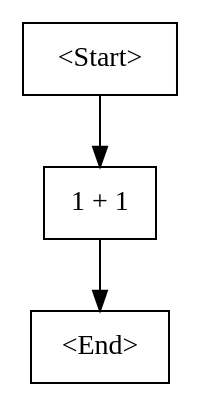
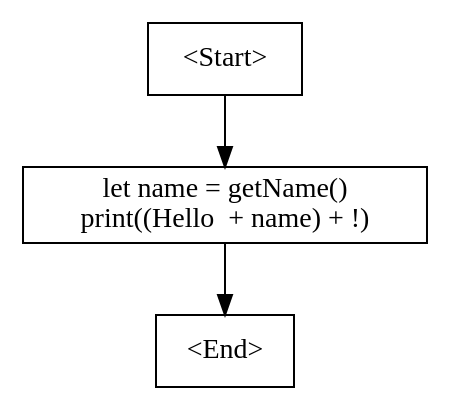
One commit to jayshiai/Cyclone changed the diagram in cfg.dot. Above: the diagram before and after it, drawn with Graphviz. The commit also changed 7 other files, not shown here.

```diff
--- a/cfg.dot
+++ b/cfg.dot
@@ -1,8 +1,9 @@
 digraph G {
     N0 [label = "<Start>" shape = box]
-    N1 [label = "1 + 1
+    N1 [label = "let name = getName()
+print((Hello  + name) + !)
 " shape = box]
     N2 [label = "<End>" shape = box]
     N0 -> N1 [label = ""]
     N1 -> N2 [label = ""]
 }
```
